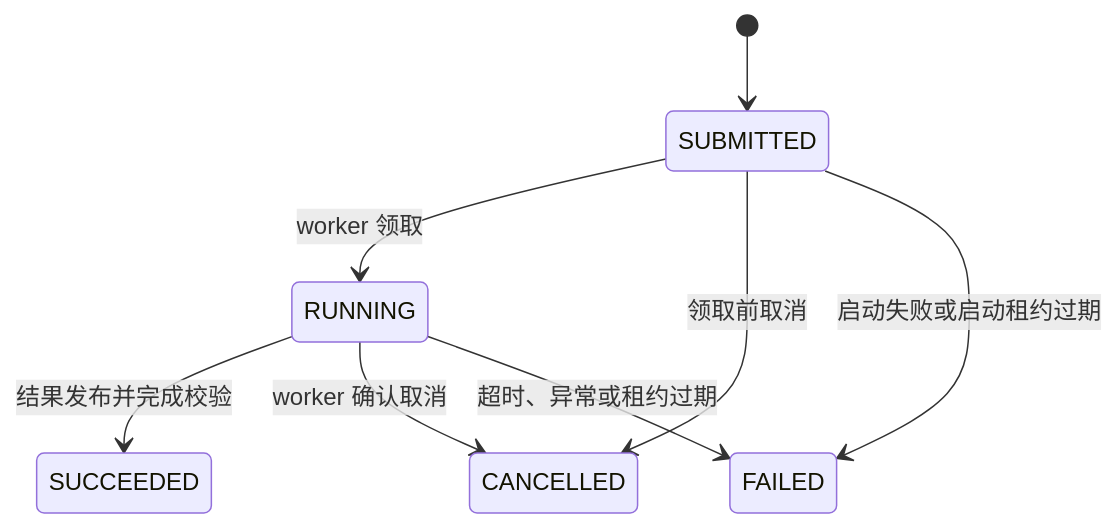
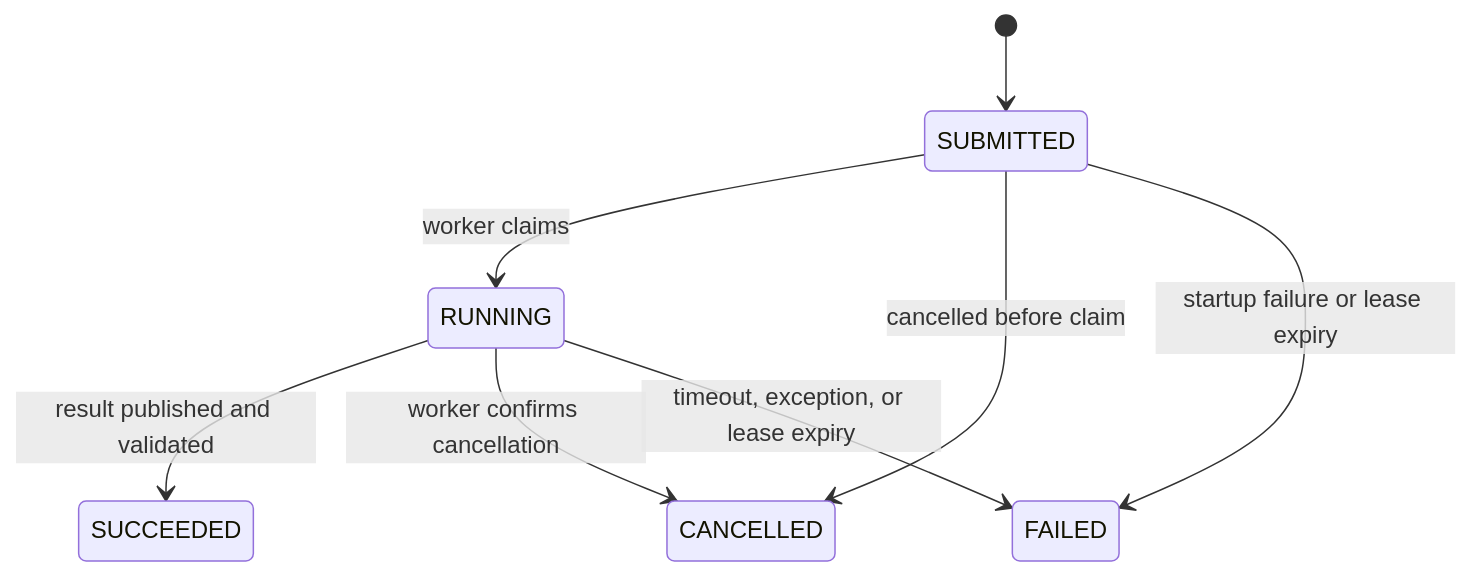
Before and after one commit to runchengxie/quant-backtest-runtime: the diagram in docs/jobs.md, drawn with Mermaid. The commit also changed other lines of this file and 10 other files, not shown here.

````diff
--- a/docs/jobs.md
+++ b/docs/jobs.md
@@ -34,10 +36,10 @@
 ```mermaid
 stateDiagram-v2
     [*] --> SUBMITTED
-    SUBMITTED --> RUNNING: worker 领取
-    SUBMITTED --> CANCELLED: 领取前取消
-    SUBMITTED --> FAILED: 启动失败或启动租约过期
-    RUNNING --> SUCCEEDED: 结果发布并完成校验
-    RUNNING --> CANCELLED: worker 确认取消
-    RUNNING --> FAILED: 超时、异常或租约过期
+    SUBMITTED --> RUNNING: worker claims
+    SUBMITTED --> CANCELLED: cancelled before claim
+    SUBMITTED --> FAILED: startup failure or lease expiry
+    RUNNING --> SUCCEEDED: result published and validated
+    RUNNING --> CANCELLED: worker confirms cancellation
+    RUNNING --> FAILED: timeout, exception, or lease expiry
 ```
````
